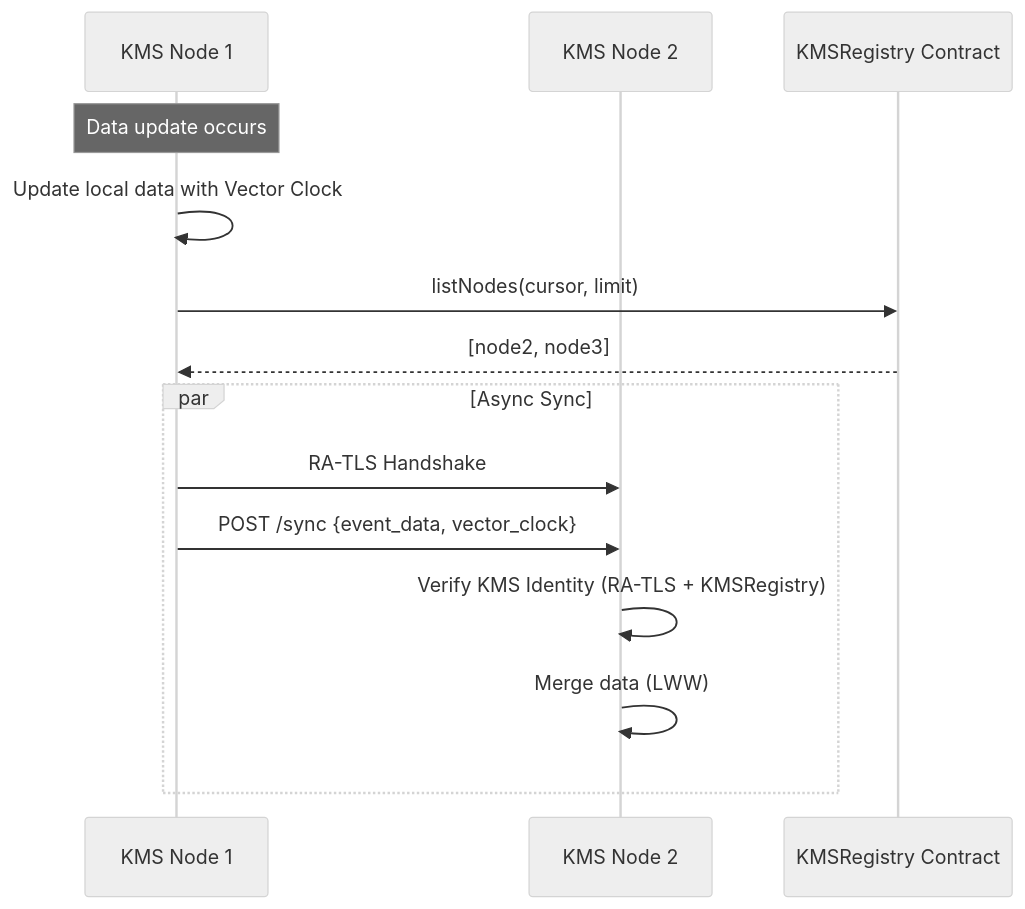
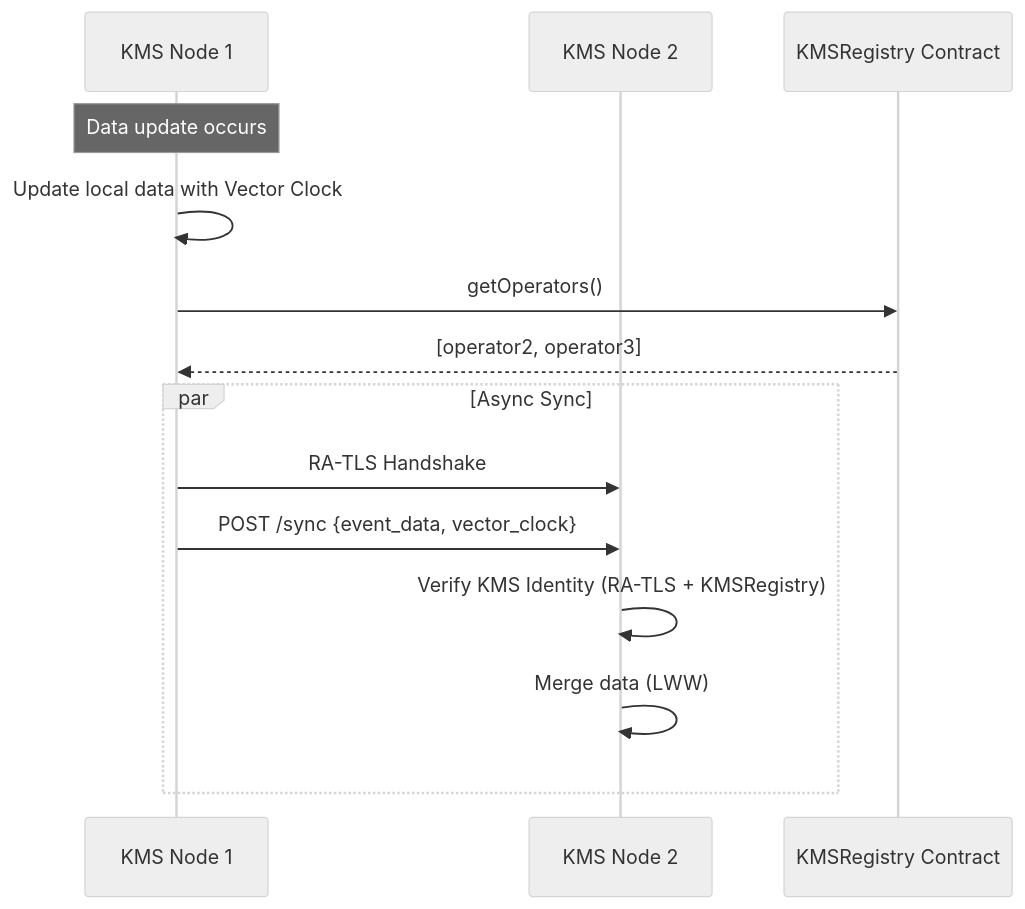
The fourth of 4 diagrams in docs/architecture.md (sparsity-xyz/nova-kms), drawn with Mermaid (neutral theme) before and after one commit. The commit also changed other lines of this file and 42 other files, not shown here.

````diff
--- a/docs/architecture.md
+++ b/docs/architecture.md
@@ -321,19 +327,19 @@
 ```mermaid
 sequenceDiagram
     participant KMS1 as KMS Node 1
     participant KMS2 as KMS Node 2
     participant KC as KMSRegistry Contract
     
     Note over KMS1: Data update occurs
     KMS1->>KMS1: Update local data with Vector Clock
     
-    KMS1->>KC: listNodes(cursor, limit)
-    KC-->>KMS1: [node2, node3]
+    KMS1->>KC: getOperators()
+    KC-->>KMS1: [operator2, operator3]
     
     par Async Sync
         KMS1->>KMS2: RA-TLS Handshake
         KMS1->>KMS2: POST /sync {event_data, vector_clock}
         KMS2->>KMS2: Verify KMS Identity (RA-TLS + KMSRegistry)
         KMS2->>KMS2: Merge data (LWW)
     end
 ```
````
